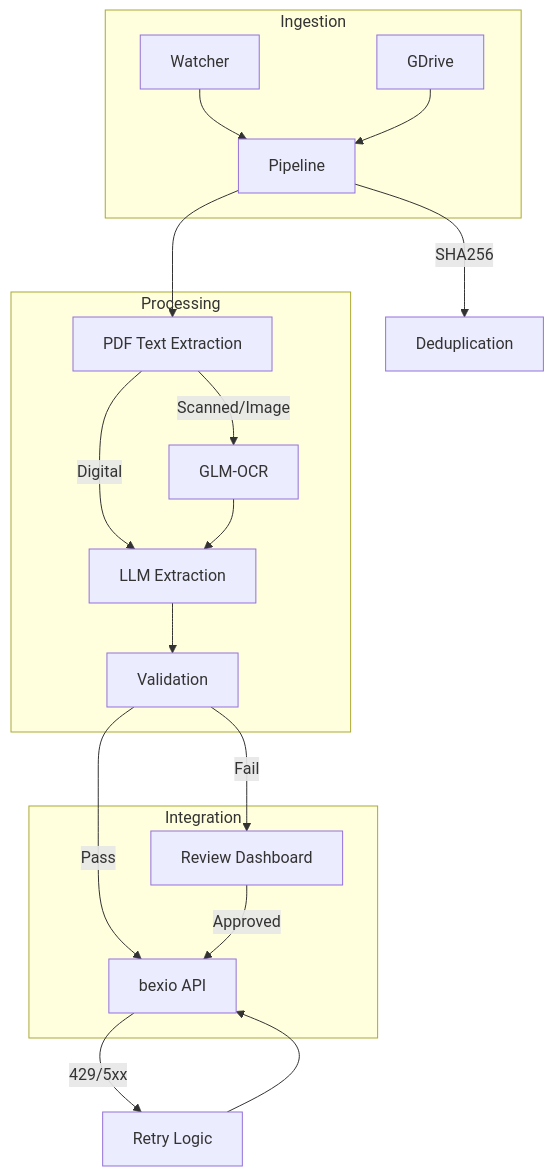
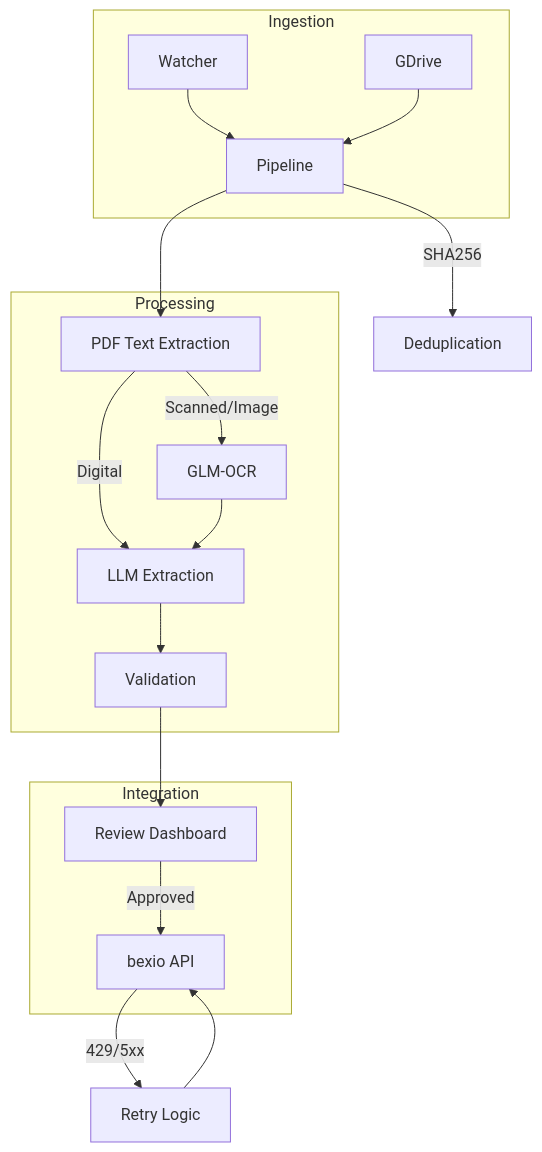
Before and after one commit to tazztone/bexio-receipts: the diagram in README.md, drawn with Mermaid. The commit also changed other lines of this file and 10 other files, not shown here.

````diff
--- a/README.md
+++ b/README.md
@@ -65,25 +61,24 @@
 ```mermaid
 graph TD
     subgraph Ingestion
         FW["Watcher"] --> P["Pipeline"]
         GD["GDrive"] --> P
     end
 
     subgraph Processing
         P --> PDF["PDF Text Extraction"]
         PDF -- Scanned/Image --> OCR["GLM-OCR"]
         PDF -- Digital --> LLM
         OCR --> LLM["LLM Extraction"]
         LLM --> VAL["Validation"]
     end
 
     subgraph Integration
-        VAL -- Pass --> BEX["bexio API"]
-        VAL -- Fail --> RD["Review Dashboard"]
-        RD -- Approved --> BEX
+        VAL --> RD["Review Dashboard"]
+        RD -- Approved --> BEX["bexio API"]
     end
 
     BEX -- 429/5xx --> Retry["Retry Logic"]
     Retry --> BEX
     P -- SHA256 --> DB["Deduplication"]
 ```
````
